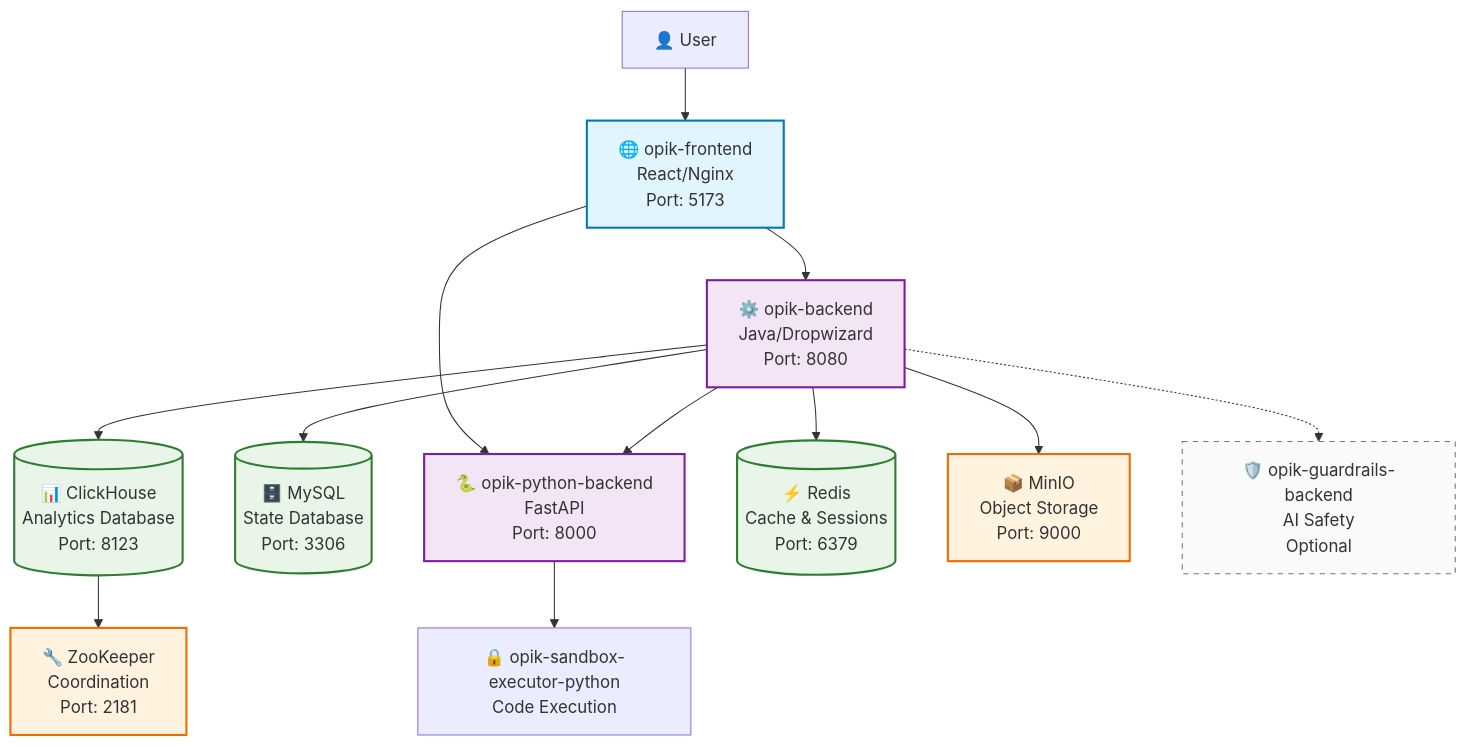
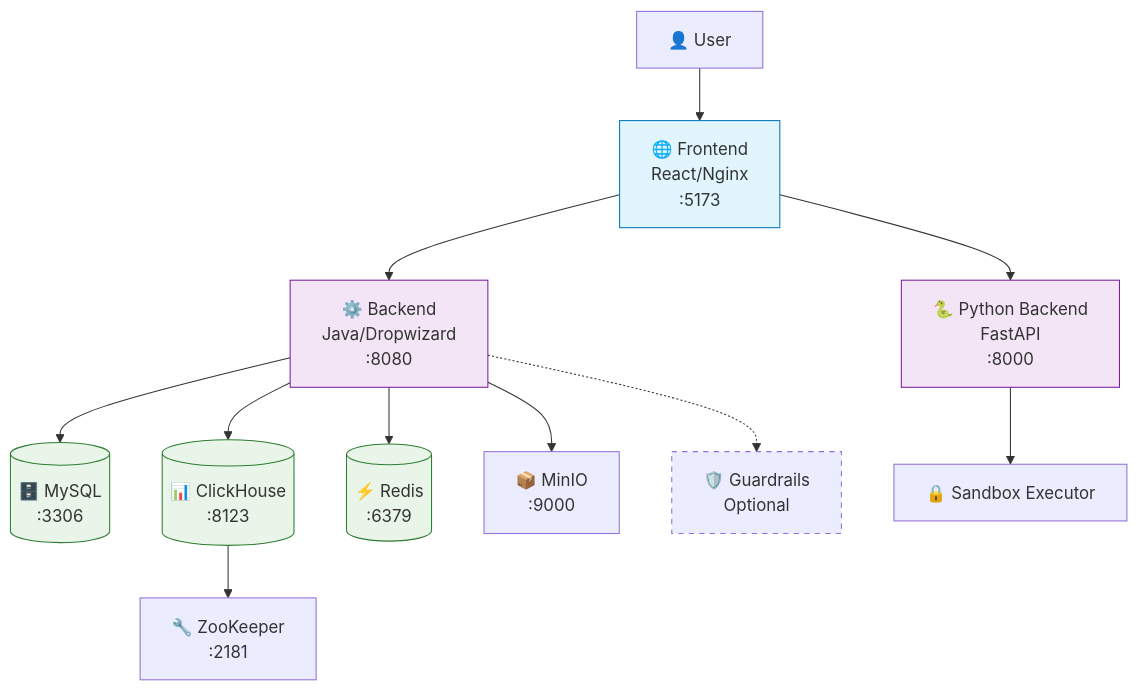
Before and after one commit to comet-ml/opik: the diagram in deployment/HELM-DEPLOYMENT-GUIDE.md, drawn with Mermaid. The commit also changed other lines of this file and 4 other files, not shown here.

````diff
--- a/deployment/HELM-DEPLOYMENT-GUIDE.md
+++ b/deployment/HELM-DEPLOYMENT-GUIDE.md
@@ -259,48 +180,26 @@
 ```mermaid
 graph TB
-    %% User Interface Layer
-    User[👤 User] --> Frontend
+    User[👤 User] --> Frontend[🌐 Frontend<br/>React/Nginx<br/>:5173]
+    Frontend --> Backend[⚙️ Backend<br/>Java/Dropwizard<br/>:8080]
+    Frontend --> PythonBackend[🐍 Python Backend<br/>FastAPI<br/>:8000]
     
-    %% Application Layer
-    Frontend[🌐 opik-frontend<br/>React/Nginx<br/>Port: 5173] --> Backend
-    Frontend --> PythonBackend
+    Backend --> MySQL[(🗄️ MySQL<br/>:3306)]
+    Backend --> ClickHouse[(📊 ClickHouse<br/>:8123)]
+    Backend --> Redis[(⚡ Redis<br/>:6379)]
+    Backend --> MinIO[📦 MinIO<br/>:9000]
     
-    Backend[⚙️ opik-backend<br/>Java/Dropwizard<br/>Port: 8080] --> MySQL
-    Backend --> ClickHouse
-    Backend --> Redis
-    Backend --> PythonBackend
+    PythonBackend --> SandboxExecutor[🔒 Sandbox Executor]
+    ClickHouse --> ZooKeeper[🔧 ZooKeeper<br/>:2181]
     
-    PythonBackend[🐍 opik-python-backend<br/>FastAPI<br/>Port: 8000] --> SandboxExecutor
+    Backend -.-> Guardrails[🛡️ Guardrails<br/>Optional]
     
-    %% Infrastructure Services Layer
-    SandboxExecutor[🔒 opik-sandbox-executor-python<br/>Code Execution]
-    
-    %% Storage Layer
-    MySQL[(🗄️ MySQL<br/>State Database<br/>Port: 3306)]
-    ClickHouse[(📊 ClickHouse<br/>Analytics Database<br/>Port: 8123)]
-    Redis[(⚡ Redis<br/>Cache & Sessions<br/>Port: 6379)]
-    
-    %% Supporting Services
-    MinIO[📦 MinIO<br/>Object Storage<br/>Port: 9000]
-    ZooKeeper[🔧 ZooKeeper<br/>Coordination<br/>Port: 2181]
-    
-    Backend --> MinIO
-    ClickHouse --> ZooKeeper
-    
-    %% Optional Components
-    Guardrails[🛡️ opik-guardrails-backend<br/>AI Safety<br/>Optional]
-    Backend -.-> Guardrails
-    
-    %% Styling
-    classDef frontend fill:#e1f5fe,stroke:#0277bd,stroke-width:2px
-    classDef backend fill:#f3e5f5,stroke:#7b1fa2,stroke-width:2px
-    classDef database fill:#e8f5e8,stroke:#2e7d32,stroke-width:2px
-    classDef storage fill:#fff3e0,stroke:#ef6c00,stroke-width:2px
-    classDef optional fill:#fafafa,stroke:#757575,stroke-width:1px,stroke-dasharray: 5 5
+    classDef frontend fill:#e1f5fe,stroke:#0277bd
+    classDef backend fill:#f3e5f5,stroke:#7b1fa2
+    classDef database fill:#e8f5e8,stroke:#2e7d32
+    classDef optional stroke-dasharray: 5 5
     
     class Frontend frontend
     class Backend,PythonBackend backend
     class MySQL,ClickHouse,Redis database
-    class MinIO,ZooKeeper storage
     class Guardrails optional
 ```
````
